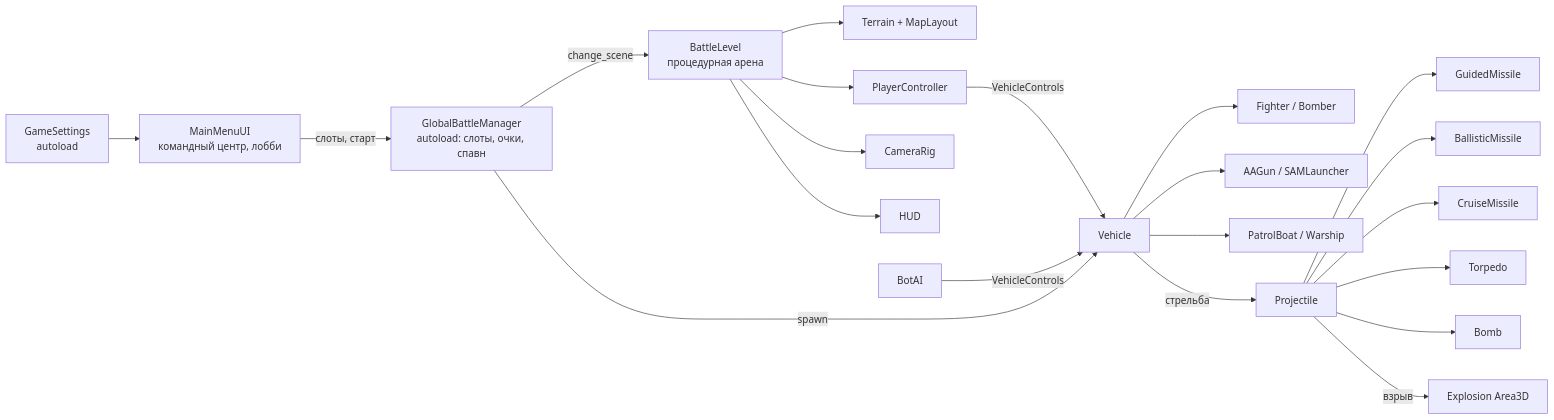
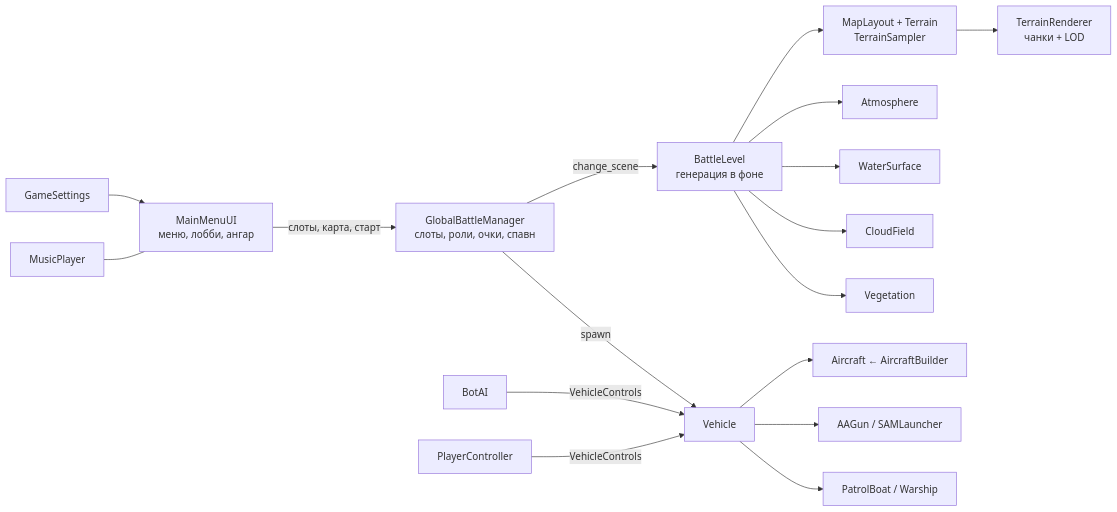
The diagram in README.md (MikeLiashenko/BALLISTIK), drawn with Mermaid before and after one commit. The commit also changed other lines of this file and 86 other files, not shown here.

````diff
--- a/README.md
+++ b/README.md
@@ -76,17 +90,15 @@
 ```mermaid
 flowchart LR
-    GS[GameSettings<br/>autoload] --> MM[MainMenuUI<br/>командный центр, лобби]
-    MM -->|слоты, старт| GBM[GlobalBattleManager<br/>autoload: слоты, очки, спавн]
-    GBM -->|change_scene| BL[BattleLevel<br/>процедурная арена]
-    BL --> T[Terrain + MapLayout]
-    BL --> PC[PlayerController] & CR[CameraRig] & HUD
+    GS[GameSettings] --> MM[MainMenuUI<br/>меню, лобби, ангар]
+    MU[MusicPlayer] --- MM
+    MM -->|слоты, карта, старт| GBM[GlobalBattleManager<br/>слоты, роли, очки, спавн]
+    GBM -->|change_scene| BL[BattleLevel<br/>генерация в фоне]
+    BL --> ML[MapLayout + Terrain<br/>TerrainSampler] --> TR[TerrainRenderer<br/>чанки + LOD]
+    BL --> AT[Atmosphere] & W[WaterSurface] & CF[CloudField] & VG[Vegetation]
     GBM -->|spawn| V[Vehicle]
-    V --> F[Fighter / Bomber]
+    V --> A[Aircraft ← AircraftBuilder]
     V --> G[AAGun / SAMLauncher]
     V --> B[PatrolBoat / Warship]
     AI[BotAI] -->|VehicleControls| V
-    PC -->|VehicleControls| V
-    V -->|стрельба| P[Projectile]
-    P --> GM[GuidedMissile] & BM[BallisticMissile] & CM[CruiseMissile] & TO[Torpedo] & BO[Bomb]
-    P -->|взрыв| EX[Explosion Area3D]
+    PC[PlayerController] -->|VehicleControls| V
 ```
````
